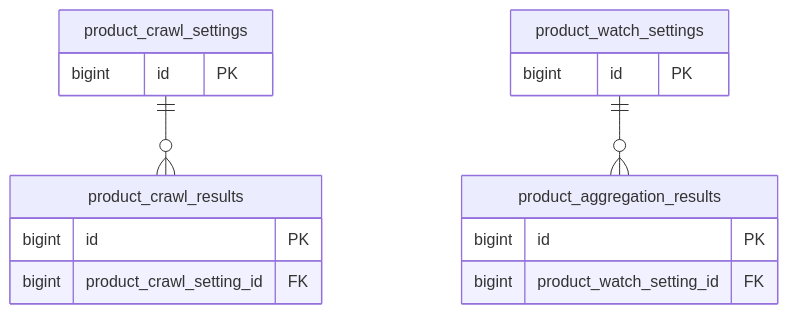
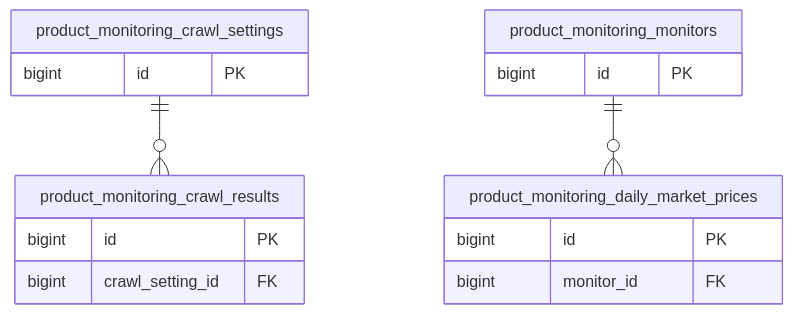
One commit to kuroweb/price-monitoring changed diagram 11 of 11 in docs/database/association.md. Above: the diagram before and after it, drawn with Mermaid. The commit also changed other lines of this file and 8 other files, not shown here.

First line of the commit message:
docs(product-monitoring): 用語集に合わせて文書の名前と用語を揃える

````diff
--- a/docs/database/association.md
+++ b/docs/database/association.md
@@ -296,19 +296,19 @@
 ```mermaid
 erDiagram
-  product_crawl_settings {
+  product_monitoring_crawl_settings {
     bigint id PK
   }
-  product_crawl_results {
+  product_monitoring_crawl_results {
     bigint id PK
-    bigint product_crawl_setting_id FK
+    bigint crawl_setting_id FK
   }
-  product_watch_settings {
+  product_monitoring_monitors {
     bigint id PK
   }
-  product_aggregation_results {
+  product_monitoring_daily_market_prices {
     bigint id PK
-    bigint product_watch_setting_id FK
+    bigint monitor_id FK
   }
-  product_crawl_settings ||--o{ product_crawl_results : ""
-  product_watch_settings ||--o{ product_aggregation_results : ""
+  product_monitoring_crawl_settings ||--o{ product_monitoring_crawl_results : ""
+  product_monitoring_monitors ||--o{ product_monitoring_daily_market_prices : ""
 ```
````
